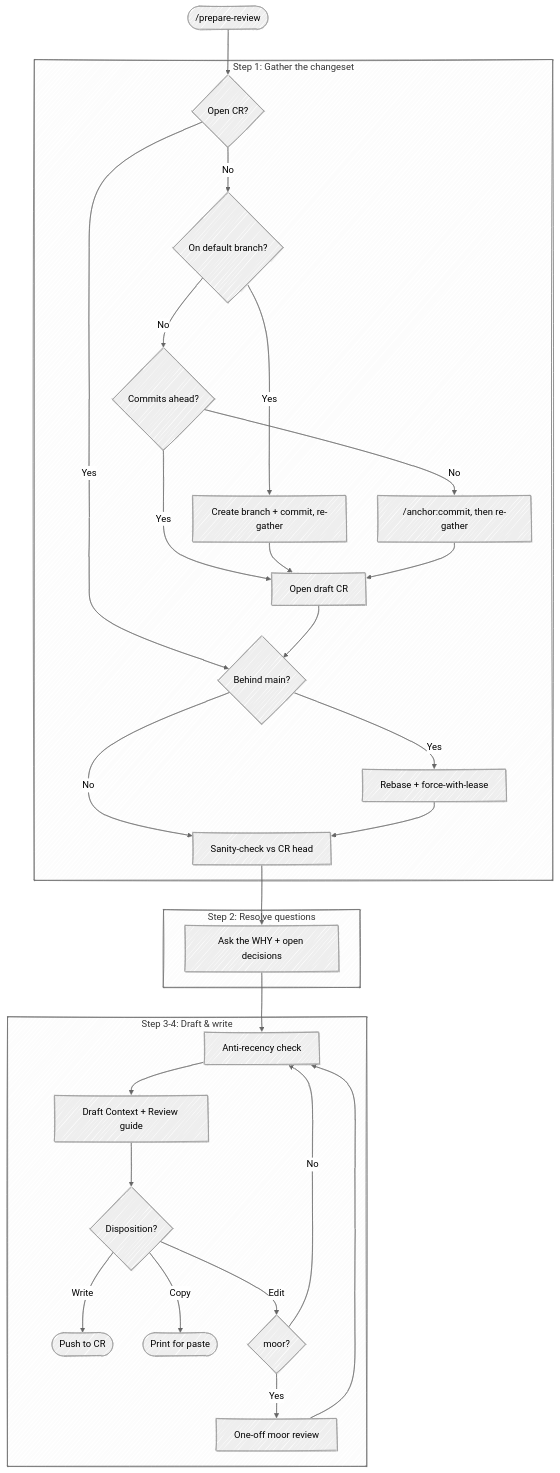
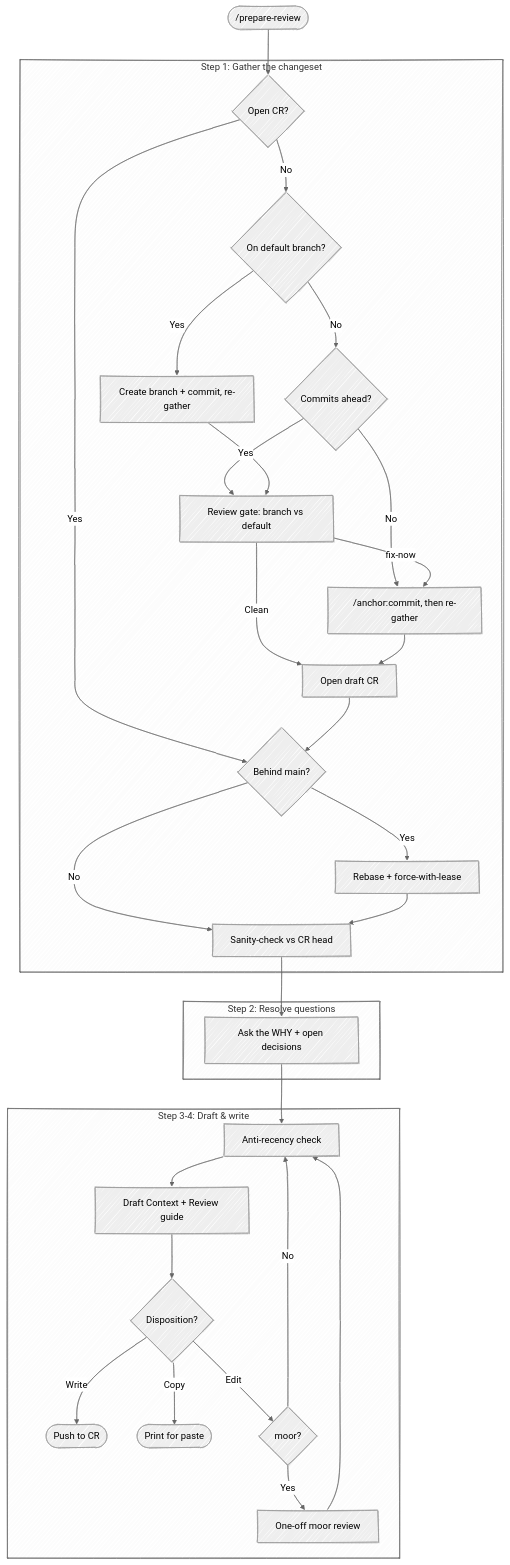
One commit to chris-peterson/anchor changed the diagram in skills/prepare-review/SKILL.md. Above: the diagram before and after it, drawn with Mermaid (neutral theme). The commit also changed other lines of this file and 1 other file, not shown here.

First line of the commit message:
prepare-review: gate the first push behind the review

````diff
--- a/skills/prepare-review/SKILL.md
+++ b/skills/prepare-review/SKILL.md
@@ -17,36 +17,38 @@
 ```mermaid
 %%{ init: { 'look': 'handDrawn' } }%%
 flowchart TD
     Start(["/prepare-review"]) --> CR{Open CR?}
 
     subgraph "Step 1: Gather the changeset"
         CR -->|No| OnDefault{On default branch?}
         CR -->|Yes| Behind
         OnDefault -->|Yes| Branch["Create branch + commit, re-gather"]
         OnDefault -->|No| Ahead{Commits ahead?}
         Ahead -->|No| Commit["/anchor:commit, then re-gather"]
-        Ahead -->|Yes| MakeCR["Open draft CR"]
-        Branch --> MakeCR
+        Ahead -->|Yes| Review["Review gate: branch vs default"]
+        Review -->|Clean| MakeCR["Open draft CR"]
+        Review -->|fix-now| Commit
+        Branch --> Review
         Commit --> MakeCR
         MakeCR --> Behind{Behind main?}
         Behind -->|Yes| DoRebase["Rebase + force-with-lease"]
         Behind -->|No| StateCheck
         DoRebase --> StateCheck["Sanity-check vs CR head"]
     end
 
     subgraph "Step 2: Resolve questions"
         StateCheck --> Why["Ask the WHY + open decisions"]
     end
 
     subgraph "Step 3-4: Draft & write"
         Why --> Recency["Anti-recency check"]
         Recency --> Draft["Draft Context + Review guide"]
         Draft --> Out{Disposition?}
         Out -->|Write| Forge(["Push to CR"])
         Out -->|Copy| CopyOnly(["Print for paste"])
         Out -->|Edit| EditCh{moor?}
         EditCh -->|Yes| Moor["One-off moor review"]
         EditCh -->|No| Recency
         Moor --> Recency
     end
 ```
````
